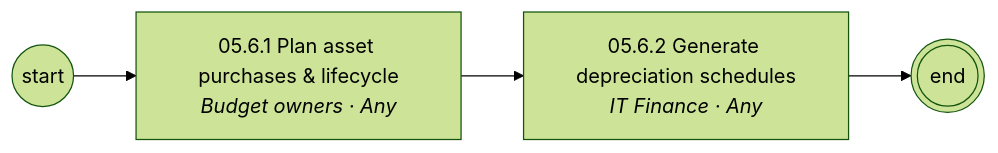
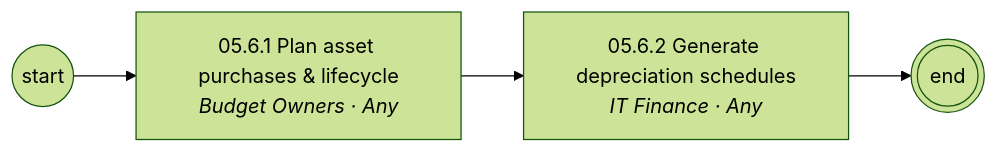
The seventh of 9 diagrams in diagrams/mermaid/area-05.md (corbyjames/apptio-process-catalog), drawn with Mermaid (forest theme) before and after one commit. The commit also changed other lines of this file and 251 other files, not shown here.

````diff
--- a/diagrams/mermaid/area-05.md
+++ b/diagrams/mermaid/area-05.md
@@ -105,9 +107,9 @@
 ```mermaid
 flowchart LR
   S((start))
-  N05_6_1["05.6.1 Plan asset purchases & lifecycle<br/><i>Budget owners · Any</i>"]
+  N05_6_1["05.6.1 Plan asset purchases & lifecycle<br/><i>Budget Owners · Any</i>"]
   S --> N05_6_1
   N05_6_2["05.6.2 Generate depreciation schedules<br/><i>IT Finance · Any</i>"]
   N05_6_1 --> N05_6_2
   N05_6_2 --> E(((end)))
 ```
````
